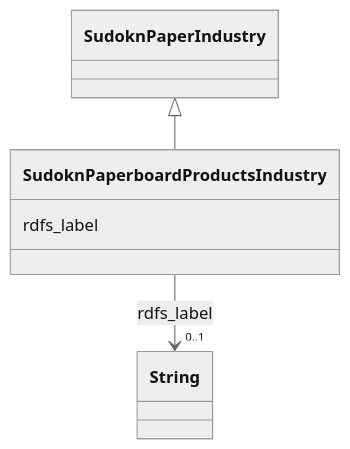
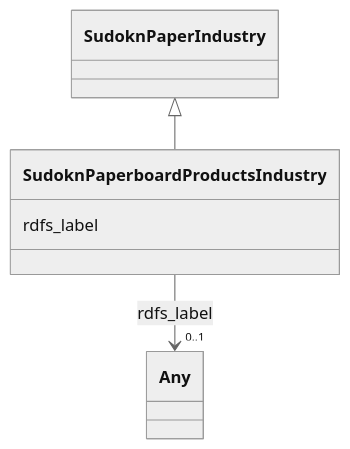
The diagram in sudokn-kg/classes/SudoknPaperboardProductsIndustry.md (frink-okn/graph-descriptions), drawn with Mermaid (neutral theme) before and after one commit. The commit also changed other lines of this file and 903 other files, not shown here.

````diff
--- a/sudokn-kg/classes/SudoknPaperboardProductsIndustry.md
+++ b/sudokn-kg/classes/SudoknPaperboardProductsIndustry.md
@@ -23,18 +16,18 @@
 ```mermaid
  classDiagram
     class SudoknPaperboardProductsIndustry
     click SudoknPaperboardProductsIndustry href "../SudoknPaperboardProductsIndustry"
       SudoknPaperIndustry <|-- SudoknPaperboardProductsIndustry
         click SudoknPaperIndustry href "../SudoknPaperIndustry"
       
       SudoknPaperboardProductsIndustry : rdfs_label
         
           
     
     
-    SudoknPaperboardProductsIndustry --> "0..1" String : rdfs_label
-    click String href "../String"
+    SudoknPaperboardProductsIndustry --> "0..1" Any : rdfs_label
+    click Any href "../Any"
 
         
       
 ```
````
